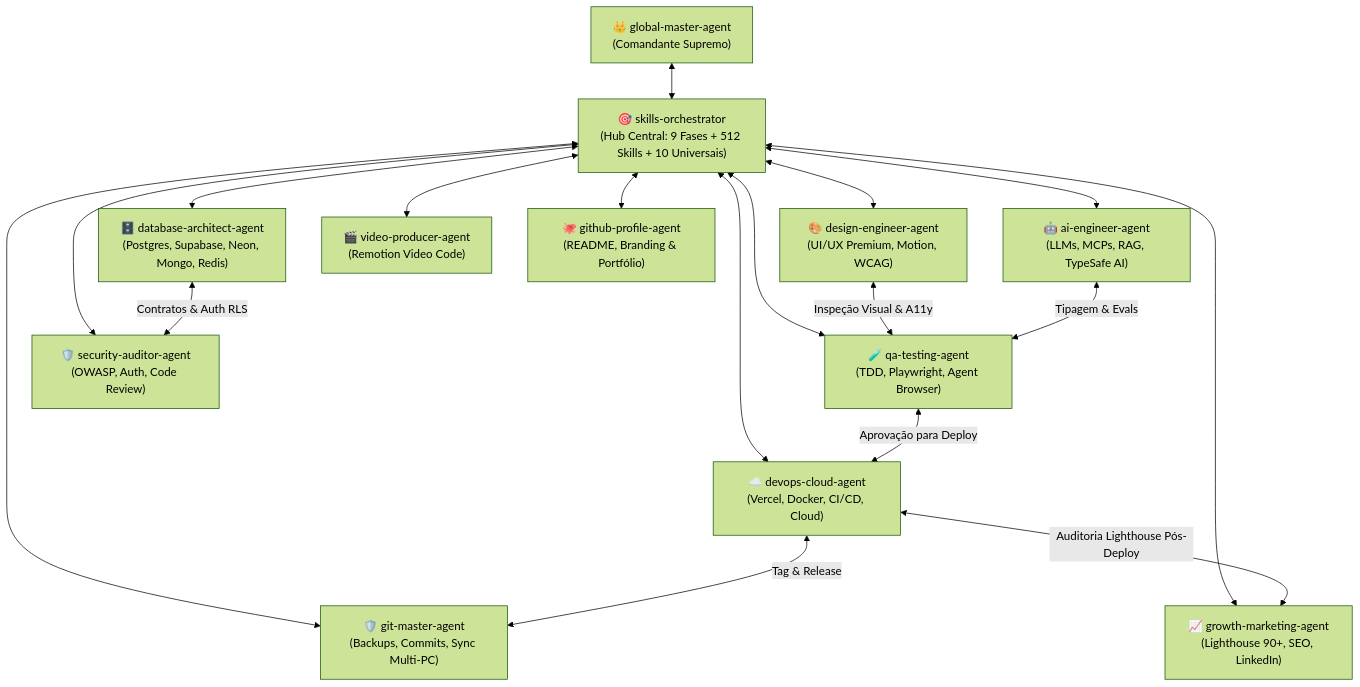
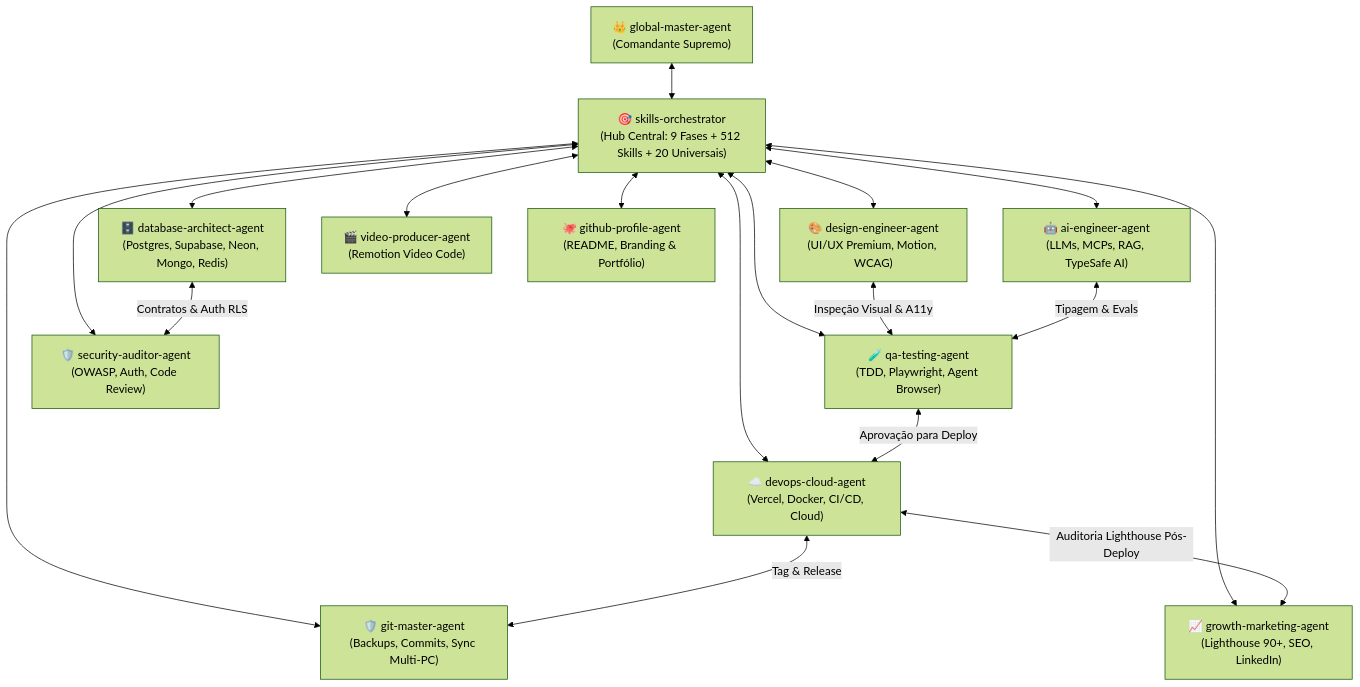
Before and after one commit to Henrique1601/SkiilsToIAs: the diagram in custom-agents/skills-orchestrator/SKILL.md, drawn with Mermaid (forest theme). The commit also changed other lines of this file and 25 other files, not shown here.

````diff
--- a/custom-agents/skills-orchestrator/SKILL.md
+++ b/custom-agents/skills-orchestrator/SKILL.md
@@ -83,23 +93,23 @@
 ```mermaid
 flowchart TD
-    GMA["👑 global-master-agent<br/>(Comandante Supremo)"] <--> ORCH["🎯 skills-orchestrator<br/>(Hub Central: 9 Fases + 512 Skills + 10 Universais)"]
+    GMA["👑 global-master-agent<br/>(Comandante Supremo)"] <--> ORCH["🎯 skills-orchestrator<br/>(Hub Central: 9 Fases + 512 Skills + 20 Universais)"]
 
     ORCH <--> GIT["🛡️ git-master-agent<br/>(Backups, Commits, Sync Multi-PC)"]
     ORCH <--> ARCH_DB["🗄️ database-architect-agent<br/>(Postgres, Supabase, Neon, Mongo, Redis)"]
     ORCH <--> DESIGN["🎨 design-engineer-agent<br/>(UI/UX Premium, Motion, WCAG)"]
     ORCH <--> AI_ENG["🤖 ai-engineer-agent<br/>(LLMs, MCPs, RAG, TypeSafe AI)"]
     ORCH <--> QA["🧪 qa-testing-agent<br/>(TDD, Playwright, Agent Browser)"]
     ORCH <--> SEC["🛡️ security-auditor-agent<br/>(OWASP, Auth, Code Review)"]
     ORCH <--> DEVOPS["☁️ devops-cloud-agent<br/>(Vercel, Docker, CI/CD, Cloud)"]
     ORCH <--> GROWTH["📈 growth-marketing-agent<br/>(Lighthouse 90+, SEO, LinkedIn)"]
     ORCH <--> VIDEO["🎬 video-producer-agent<br/>(Remotion Video Code)"]
     ORCH <--> PROFILE["🐙 github-profile-agent<br/>(README, Branding & Portfólio)"]
 
     %% Conexões Diretas Entre Pares (Peer-to-Peer Handoffs)
     ARCH_DB <-->|"Contratos & Auth RLS"| SEC
     DESIGN <-->|"Inspeção Visual & A11y"| QA
     AI_ENG <-->|"Tipagem & Evals"| QA
     QA <-->|"Aprovação para Deploy"| DEVOPS
     DEVOPS <-->|"Auditoria Lighthouse Pós-Deploy"| GROWTH
     DEVOPS <-->|"Tag & Release"| GIT
 ```
````
